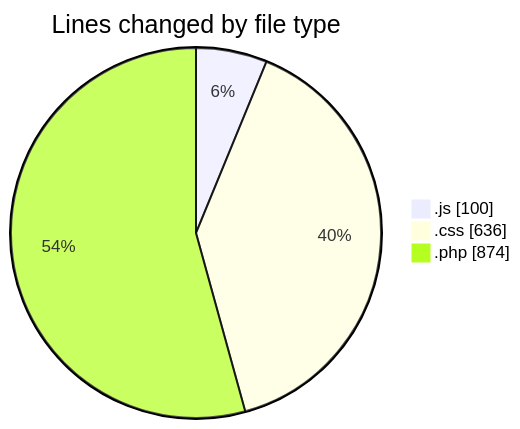
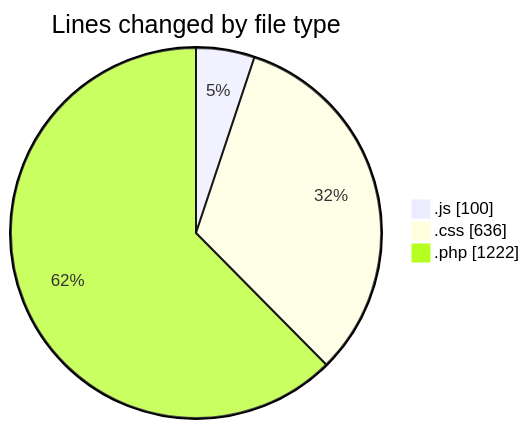
The first of 2 diagrams in 2025-08-25/quytuthien_vn/README.md (lephambinh05/code-tracking), drawn with Mermaid before and after one commit. The commit also changed other lines of this file and 1 other file, not shown here.

````diff
--- a/2025-08-25/quytuthien_vn/README.md
+++ b/2025-08-25/quytuthien_vn/README.md
@@ -35,7 +35,7 @@
 ```mermaid
 pie showData
 title Lines changed by file type
 ".js" : 100
 ".css" : 636
-".php" : 874
+".php" : 1222
 ```
````
